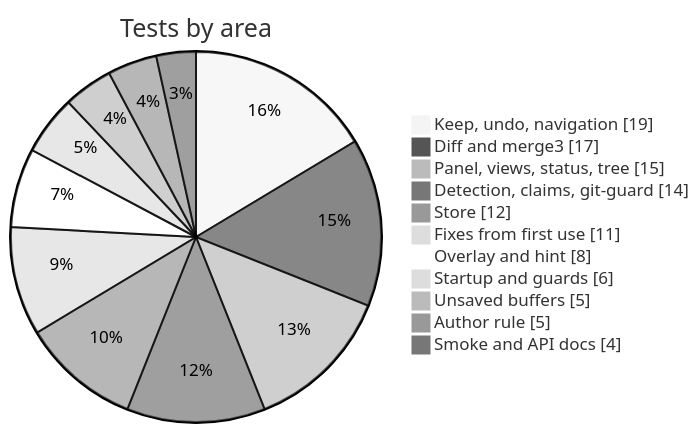
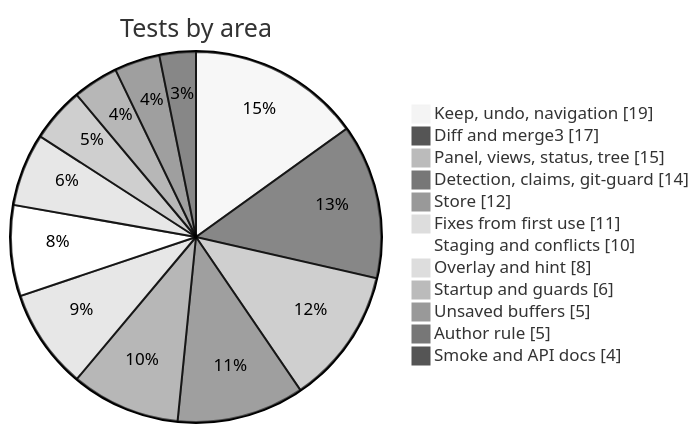
One commit to RayIci/agentdiff.nvim changed the third of 3 diagrams in docs/testing.md. Above: the diagram before and after it, drawn with Mermaid (neutral theme). The commit also changed other lines of this file and 13 other files, not shown here.

````diff
--- a/docs/testing.md
+++ b/docs/testing.md
@@ -49,15 +49,16 @@
 ```mermaid
 pie showData
     title Tests by area
     "Keep, undo, navigation" : 19
     "Diff and merge3" : 17
     "Panel, views, status, tree" : 15
     "Detection, claims, git-guard" : 14
     "Store" : 12
     "Fixes from first use" : 11
+    "Staging and conflicts" : 10
     "Overlay and hint" : 8
     "Startup and guards" : 6
     "Unsaved buffers" : 5
     "Author rule" : 5
     "Smoke and API docs" : 4
 ```
````
